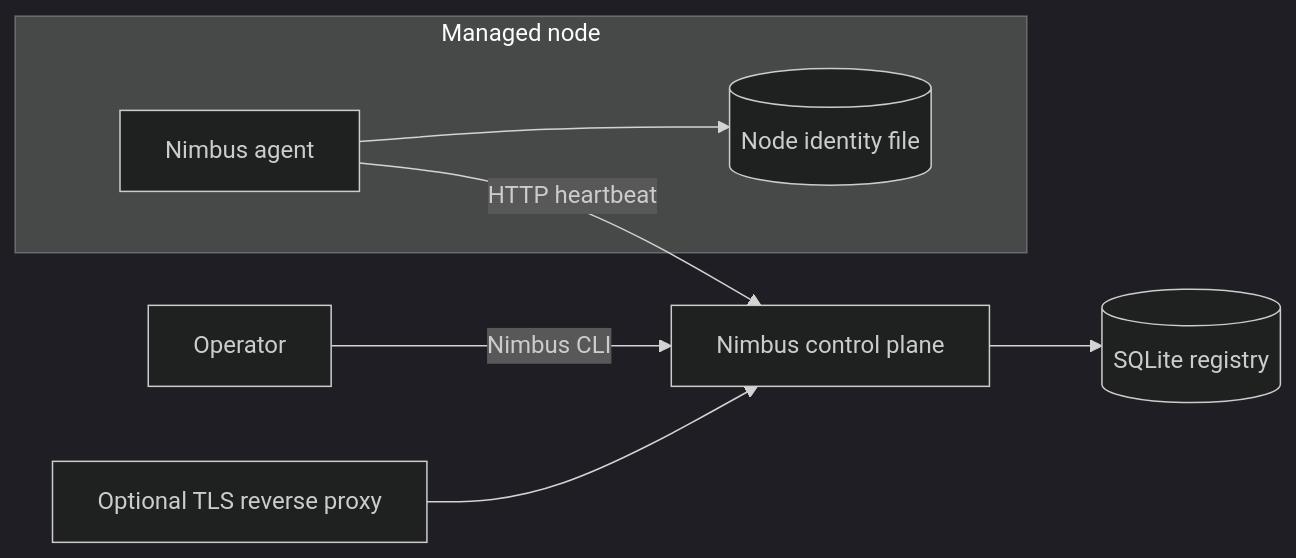
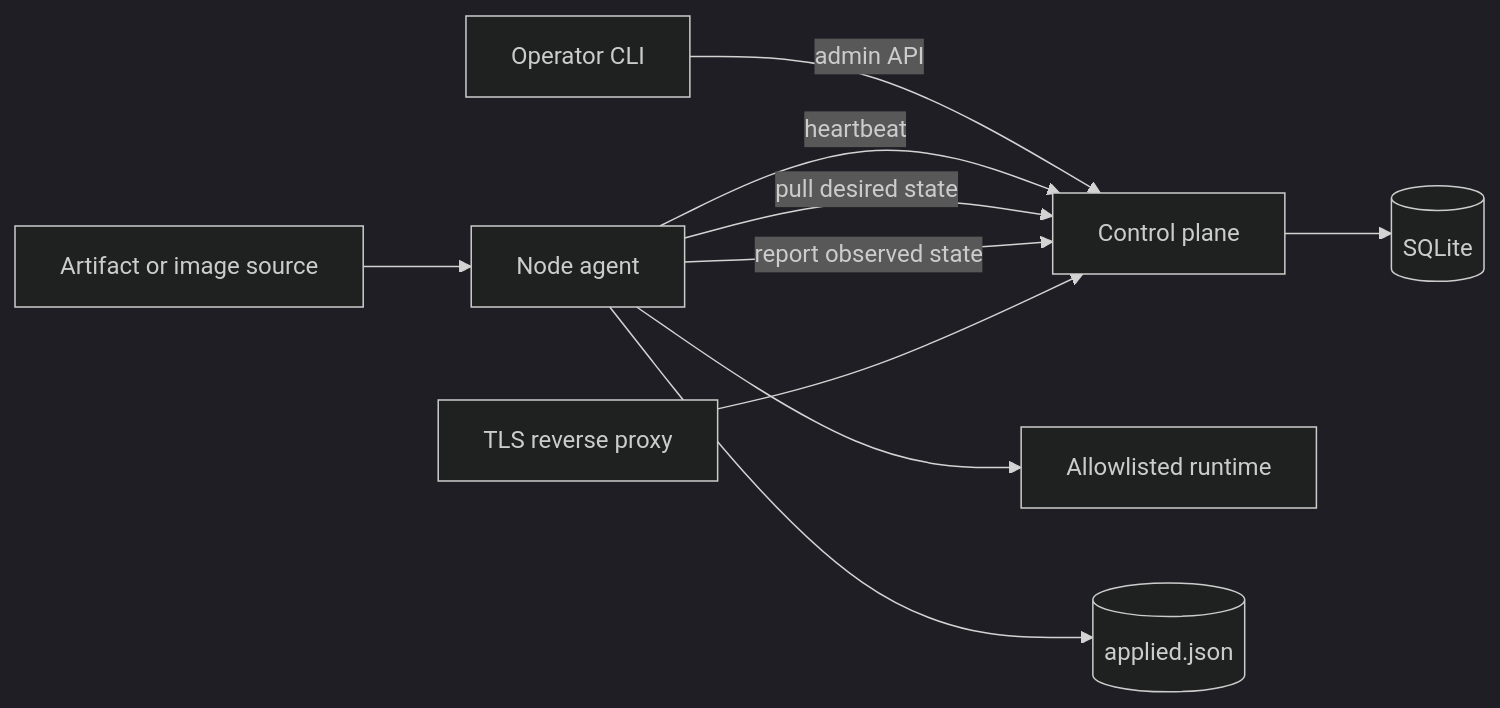
The first of 3 diagrams in docs/architecture.md (ziwon/nimbus), drawn with Mermaid (dark theme) before and after one commit. The commit also changed other lines of this file and 4 other files, not shown here.

````diff
--- a/docs/architecture.md
+++ b/docs/architecture.md
@@ -55,13 +56,12 @@
 ```mermaid
 flowchart LR
-    Operator[Operator] -->|Nimbus CLI| ControlPlane[Nimbus control plane]
-    Agent[Nimbus agent] -->|HTTP heartbeat| ControlPlane
-    ControlPlane --> Registry[(SQLite registry)]
-    ReverseProxy[Optional TLS reverse proxy] --> ControlPlane
-
-    subgraph Managed node
-        Agent
-        Identity[(Node identity file)]
-        Agent --> Identity
-    end
+    Operator[Operator CLI] -->|admin API| Control[Control plane]
+    Control --> Registry[(SQLite)]
+    Agent[Node agent] -->|heartbeat| Control
+    Agent -->|pull desired state| Control
+    Agent -->|report observed state| Control
+    Agent --> Runtime[Allowlisted runtime]
+    Agent --> State[(applied.json)]
+    Artifact[Artifact or image source] --> Agent
+    Proxy[TLS reverse proxy] --> Control
 ```
````
